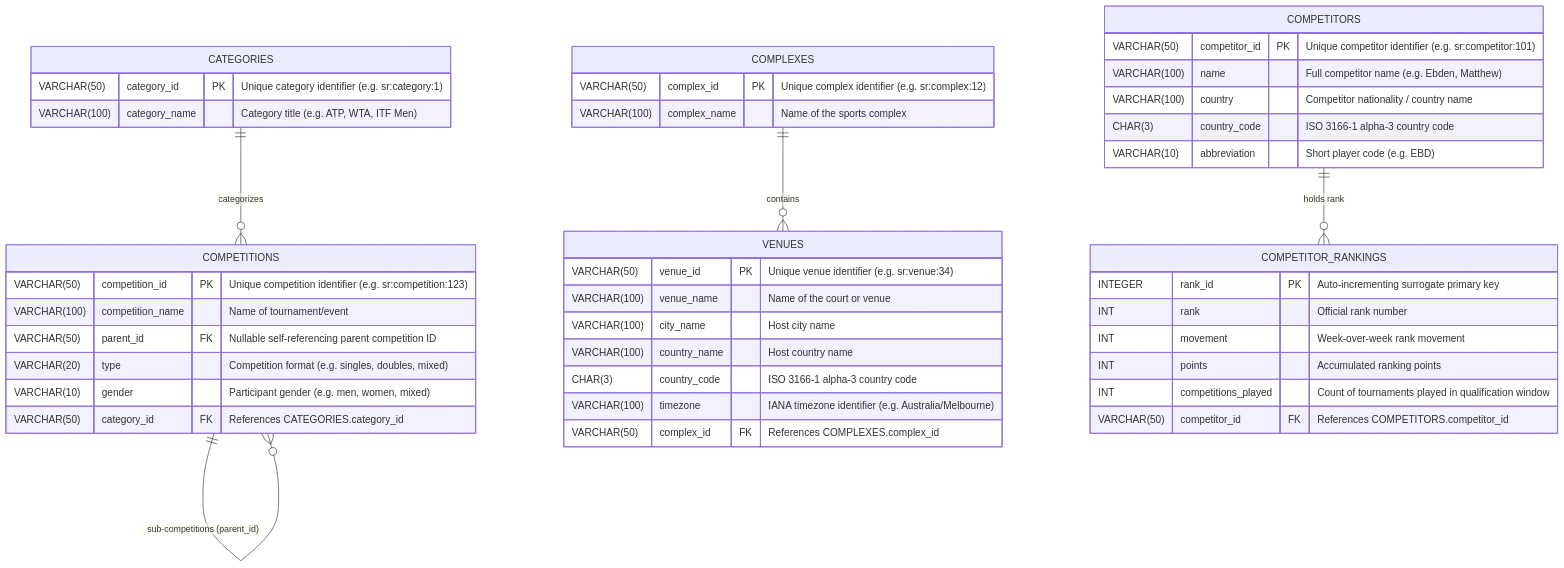
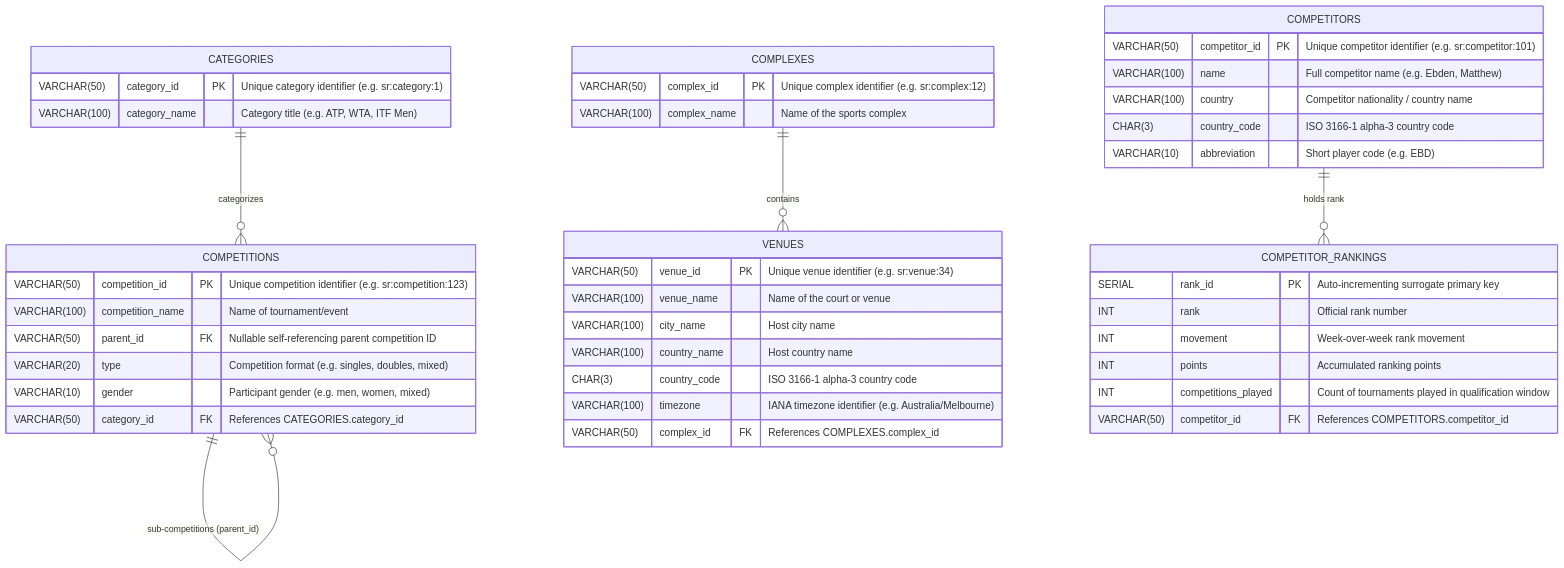
Before and after one commit to Devansh54/CourtIQ: the diagram in docs/DATABASE_DESIGN.md, drawn with Mermaid. The commit also changed other lines of this file and 34 other files, not shown here.

````diff
--- a/docs/DATABASE_DESIGN.md
+++ b/docs/DATABASE_DESIGN.md
@@ -14,53 +17,53 @@
 ```mermaid
 erDiagram
     CATEGORIES ||--o{ COMPETITIONS : "categorizes"
     COMPETITIONS ||--o{ COMPETITIONS : "sub-competitions (parent_id)"
     COMPLEXES ||--o{ VENUES : "contains"
     COMPETITORS ||--o{ COMPETITOR_RANKINGS : "holds rank"
 
     CATEGORIES {
         VARCHAR(50) category_id PK "Unique category identifier (e.g. sr:category:1)"
         VARCHAR(100) category_name "Category title (e.g. ATP, WTA, ITF Men)"
     }
 
     COMPETITIONS {
         VARCHAR(50) competition_id PK "Unique competition identifier (e.g. sr:competition:123)"
         VARCHAR(100) competition_name "Name of tournament/event"
         VARCHAR(50) parent_id FK "Nullable self-referencing parent competition ID"
         VARCHAR(20) type "Competition format (e.g. singles, doubles, mixed)"
         VARCHAR(10) gender "Participant gender (e.g. men, women, mixed)"
         VARCHAR(50) category_id FK "References CATEGORIES.category_id"
     }
 
     COMPLEXES {
         VARCHAR(50) complex_id PK "Unique complex identifier (e.g. sr:complex:12)"
         VARCHAR(100) complex_name "Name of the sports complex"
     }
 
     VENUES {
         VARCHAR(50) venue_id PK "Unique venue identifier (e.g. sr:venue:34)"
         VARCHAR(100) venue_name "Name of the court or venue"
         VARCHAR(100) city_name "Host city name"
         VARCHAR(100) country_name "Host country name"
         CHAR(3) country_code "ISO 3166-1 alpha-3 country code"
         VARCHAR(100) timezone "IANA timezone identifier (e.g. Australia/Melbourne)"
         VARCHAR(50) complex_id FK "References COMPLEXES.complex_id"
     }
 
     COMPETITORS {
         VARCHAR(50) competitor_id PK "Unique competitor identifier (e.g. sr:competitor:101)"
         VARCHAR(100) name "Full competitor name (e.g. Ebden, Matthew)"
         VARCHAR(100) country "Competitor nationality / country name"
         CHAR(3) country_code "ISO 3166-1 alpha-3 country code"
         VARCHAR(10) abbreviation "Short player code (e.g. EBD)"
     }
 
     COMPETITOR_RANKINGS {
-        INTEGER rank_id PK "Auto-incrementing surrogate primary key"
+        SERIAL rank_id PK "Auto-incrementing surrogate primary key"
         INT rank "Official rank number"
         INT movement "Week-over-week rank movement"
         INT points "Accumulated ranking points"
         INT competitions_played "Count of tournaments played in qualification window"
         VARCHAR(50) competitor_id FK "References COMPETITORS.competitor_id"
     }
 ```
````
